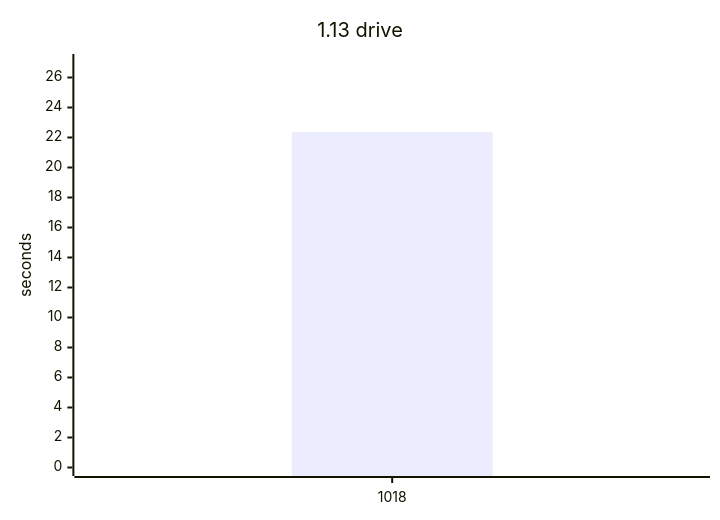
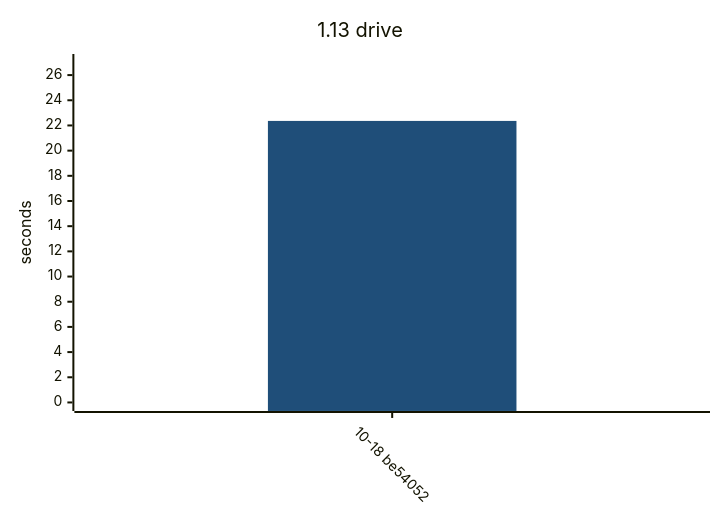
Before and after one commit to yamanori99/DistSSHKit.jl: the fourth of 12 diagrams in README.md, drawn with Mermaid. The commit also changed other lines of this file and 1 other file, not shown here.

````diff
--- a/README.md
+++ b/README.md
@@ -90,7 +119,17 @@
 ```mermaid
+---
+config:
+  theme: base
+  themeVariables:
+    xyChart:
+      plotColorPalette: "#1f4e79"
+  xyChart:
+    xAxis:
+      labelRotation: 45
+---
 xychart-beta
     title "1.13 drive"
-    x-axis ["1018"]
+    x-axis ["10-18 be54052"]
     y-axis "seconds" 0 --> 27
     bar [22.36]
 ```
````
